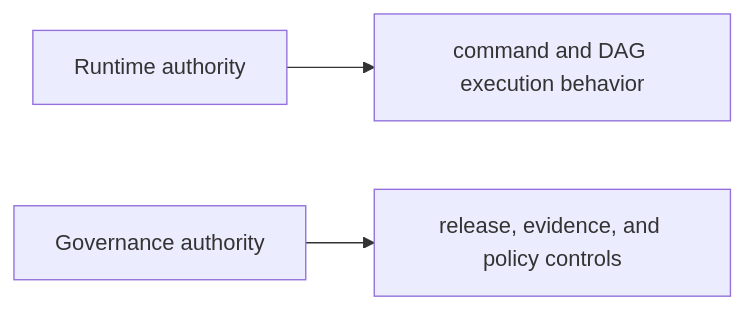
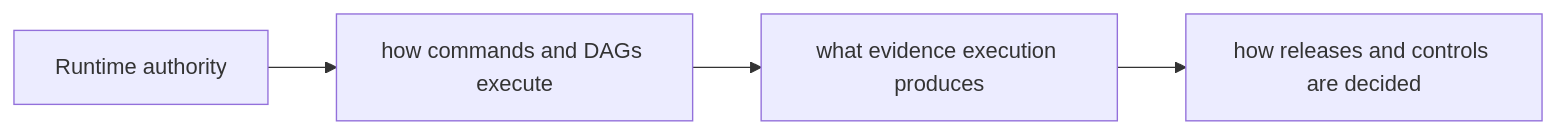
One commit to bijux/bijux.github.io changed the second of 2 diagrams in docs/02-projects/bijux-core/index.md. Above: the diagram before and after it, drawn with Mermaid. The commit also changed other lines of this file, not shown here.

Commit message:
docs(projects): redraw core authority flow

````diff
--- a/docs/02-projects/bijux-core/index.md
+++ b/docs/02-projects/bijux-core/index.md
@@ -64,5 +63,6 @@
 ```mermaid
 graph LR
-    runtime["Runtime authority"] --> execute["command and DAG execution behavior"]
-    governance["Governance authority"] --> control["release, evidence, and policy controls"]
+    runtime["Runtime authority"] --> execute["how commands and DAGs execute"]
+    execute --> evidence["what evidence execution produces"]
+    evidence --> governance["how releases and controls are decided"]
 ```
````
